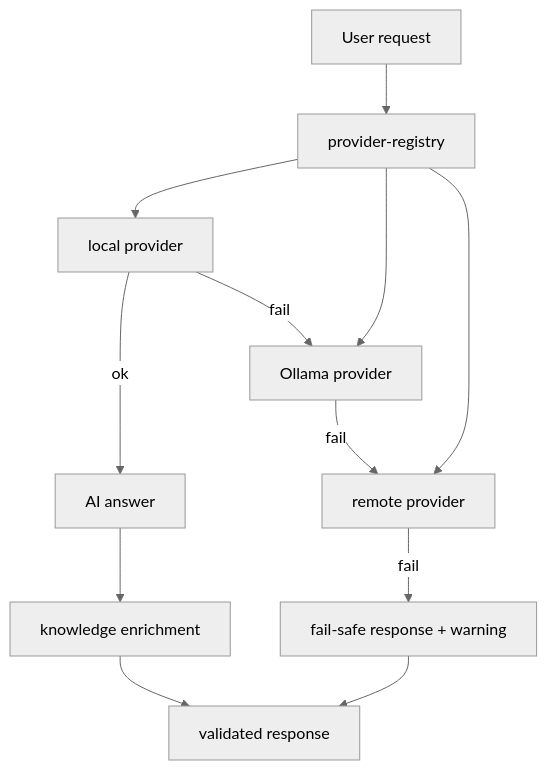
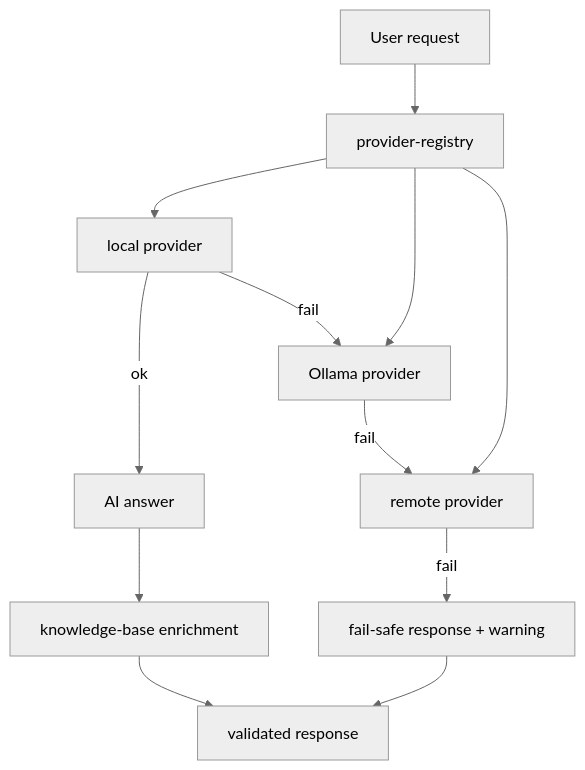
Diagram 13 of 16 in README.md (d4551/tea), drawn with Mermaid (neutral theme) before and after one commit. The commit also changed other lines of this file and 151 other files, not shown here.

````diff
--- a/README.md
+++ b/README.md
@@ -703,14 +751,14 @@
 ```mermaid
 flowchart TD
   U["User request"] --> P["provider-registry"]
   P --> L["local provider"]
   P --> O["Ollama provider"]
   P --> R["remote provider"]
   L -->|ok| S["AI answer"]
   L -->|fail| O
   O -->|fail| R
   R -->|fail| F["fail-safe response + warning"]
-  S --> K["knowledge enrichment"]
+  S --> K["knowledge-base enrichment"]
   K --> V["validated response"]
   F --> V
 ```
````
